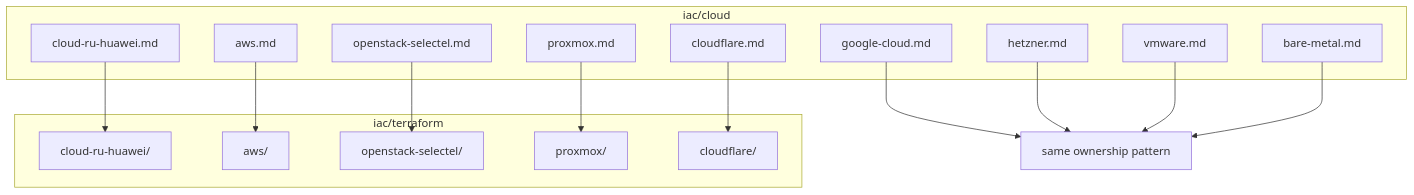
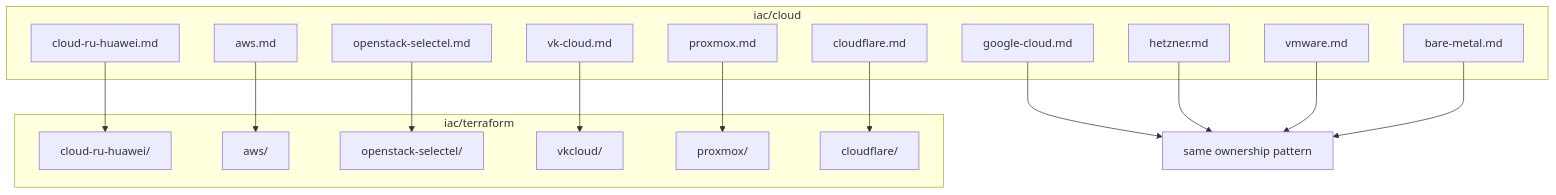
The diagram in iac/cloud/README.md (NarberallGamma/narberall-platform-engineer-lab), drawn with Mermaid before and after one commit. The commit also changed other lines of this file and 35 other files, not shown here.

````diff
--- a/iac/cloud/README.md
+++ b/iac/cloud/README.md
@@ -21,30 +24,33 @@
 ```mermaid
 flowchart TB
   subgraph cloud [iac/cloud]
     CR[cloud-ru-huawei.md]
     AWS[aws.md]
     OS[openstack-selectel.md]
+    VK[vk-cloud.md]
     PX[proxmox.md]
     CF[cloudflare.md]
     GCP[google-cloud.md]
     HZ[hetzner.md]
     VM[vmware.md]
     BM[bare-metal.md]
   end
   subgraph tf [iac/terraform]
     TFcr[cloud-ru-huawei/]
     TFaws[aws/]
     TFos[openstack-selectel/]
+    TFvk[vkcloud/]
     TFpx[proxmox/]
     TFcf[cloudflare/]
   end
   CR --> TFcr
   AWS --> TFaws
   OS --> TFos
+  VK --> TFvk
   PX --> TFpx
   CF --> TFcf
   GCP --> Pattern[same ownership pattern]
   HZ --> Pattern
   VM --> Pattern
   BM --> Pattern
 ```
````
